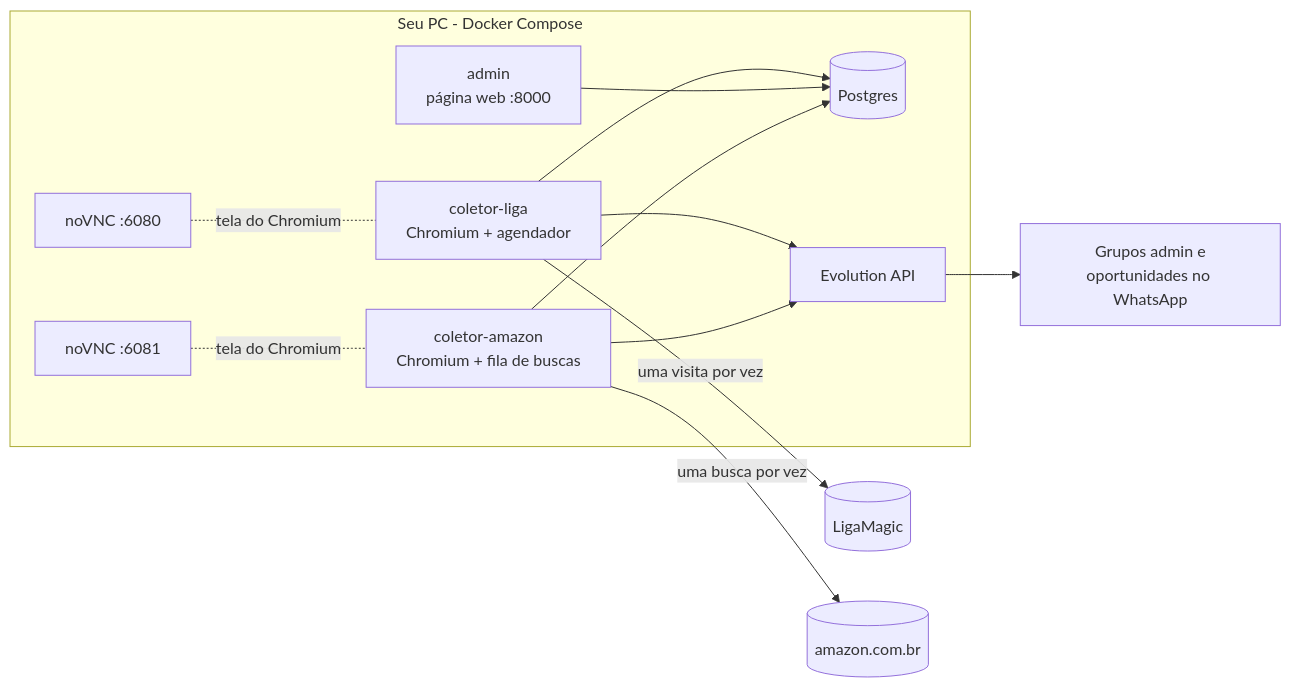
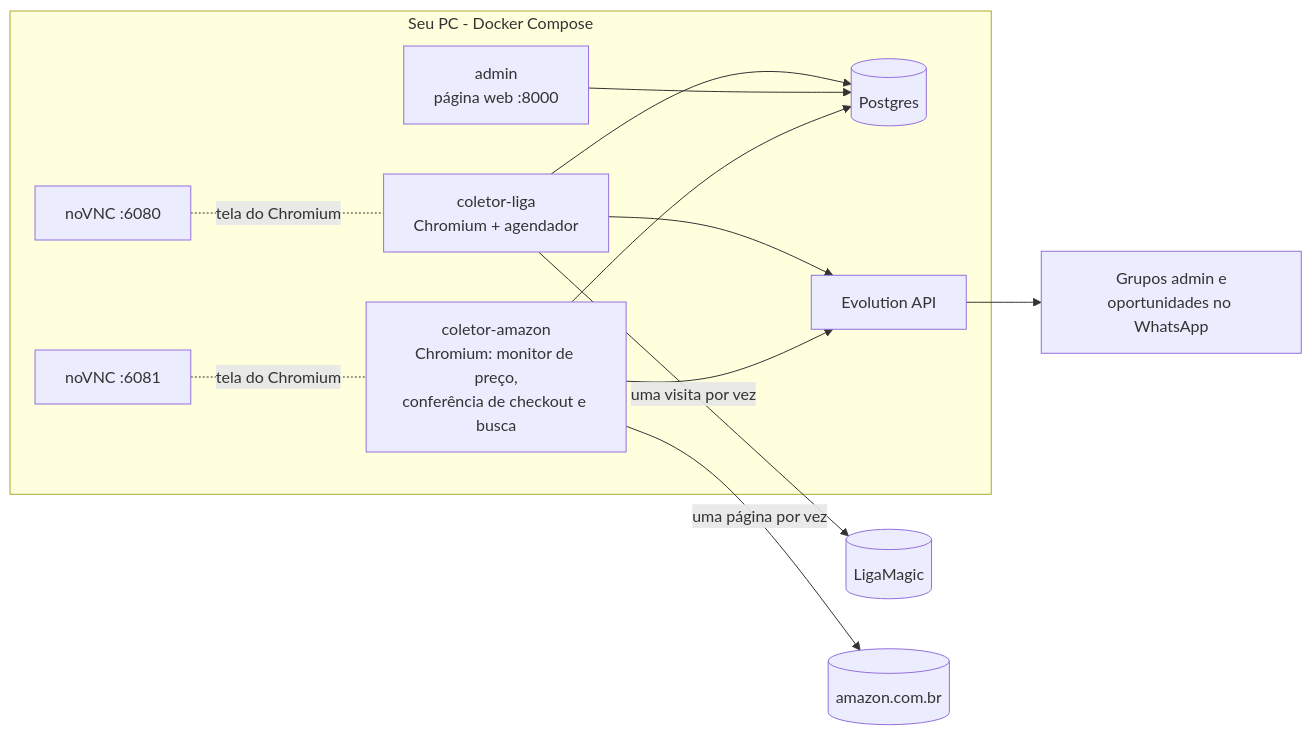
The diagram in README.md (Kyner/tcg-sniper), drawn with Mermaid before and after one commit. The commit also changed other lines of this file and 81 other files, not shown here.

First line of the commit message:
feat: Amazon price monitor with checkout check, discovery only for unmatched products, match origin

````diff
--- a/README.md
+++ b/README.md
@@ -37,25 +37,25 @@
 ```mermaid
 flowchart LR
     liga[(LigaMagic)]
     amazon[(amazon.com.br)]
     subgraph pc[Seu PC - Docker Compose]
         coletor[coletor-liga<br/>Chromium + agendador]
-        coletor_amz[coletor-amazon<br/>Chromium + fila de buscas]
+        coletor_amz[coletor-amazon<br/>Chromium: monitor de preço,<br/>conferência de checkout e busca]
         admin[admin<br/>página web :8000]
         db[(Postgres)]
         evo[Evolution API]
         vnc[noVNC :6080]
         vnc_amz[noVNC :6081]
     end
     whats[Grupos admin e<br/>oportunidades no WhatsApp]
 
     coletor -- uma visita por vez --> liga
     coletor --> db
     admin --> db
     coletor --> evo --> whats
-    coletor_amz -- uma busca por vez --> amazon
+    coletor_amz -- uma página por vez --> amazon
     coletor_amz --> db
     coletor_amz --> evo
     vnc -. tela do Chromium .- coletor
     vnc_amz -. tela do Chromium .- coletor_amz
 ```
````
